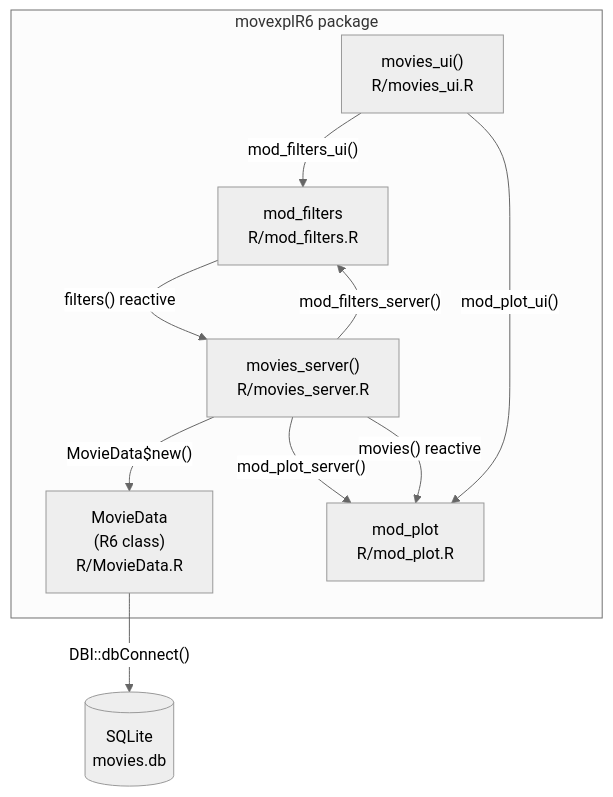
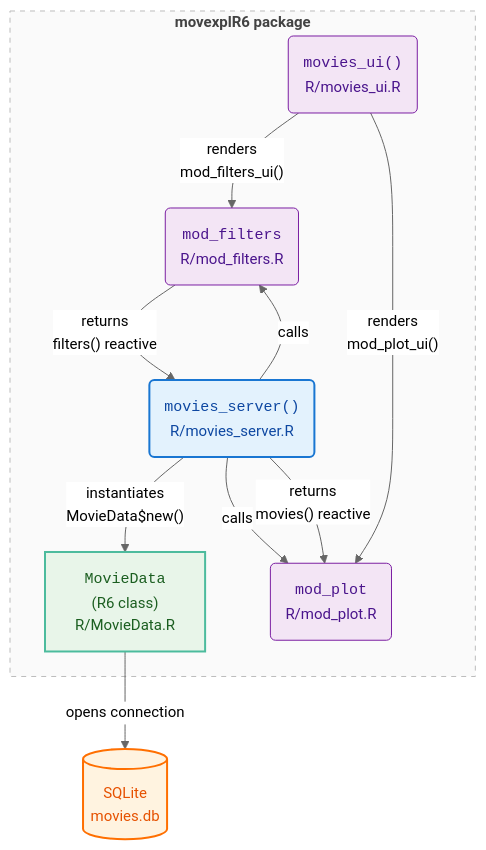
Before and after one commit to mjfrigaard/shiny-app-pkgs: the first of 4 diagrams in r6.qmd, drawn with Mermaid. The commit also changed other lines of this file and 61 other files, not shown here.

````diff
--- a/r6.qmd
+++ b/r6.qmd
@@ -66,27 +86,36 @@
 ```{mermaid}
-%%| fig-cap: 'movexplR6 at a glance'
+%%| fig-cap: 'movexplR6 architecture: R6 owns state, Shiny owns reactivity'
 %%| fig-align: center
-%%| eval: true 
-%%| echo: false 
-%%{init: {'theme': 'neutral', 'themeVariables': { 'fontFamily': 'monospace', "fontSize":"16px"}}}%%
+%%| eval: true
+%%| echo: false
+%%{init: {'theme': 'neutral', 'themeVariables': { 'fontFamily': 'monospace', "fontSize":"15px"}}}%%
 
 flowchart TD
-  subgraph Pkg["movexplR6 package"]
-    MovData["MovieData<br>(R6 class)<br>R/MovieData.R"]
-    FilMod["mod_filters<br>R/mod_filters.R"]
-    PltMod["mod_plot<br>R/mod_plot.R"]
-    MovServ["movies_server()<br>R/movies_server.R"]
-    MovUI["movies_ui()<br>R/movies_ui.R"]
+  subgraph Pkg["<strong>movexplR6 package</strong>"]
+    MovData["<code>MovieData</code><br>(R6 class)<br>R/MovieData.R"]
+    FilMod("<code>mod_filters</code><br>R/mod_filters.R")
+    PltMod("<code>mod_plot</code><br>R/mod_plot.R")
+    MovServ("<code>movies_server()</code><br>R/movies_server.R")
+    MovUI("<code>movies_ui()</code><br>R/movies_ui.R")
   end
 
   DB[("SQLite<br>movies.db")]
 
-  MovData -- "DBI::dbConnect()" --> DB
-  MovServ -- "MovieData$new()" --> MovData
-  MovServ -- "mod_filters_server()" --> FilMod
-  MovServ -- "mod_plot_server()" --> PltMod
-  FilMod -- "filters() reactive" --> MovServ
-  MovServ -- "movies() reactive" --> PltMod
-  MovUI -- "mod_filters_ui()" --> FilMod
-  MovUI -- "mod_plot_ui()" --> PltMod
+  MovData -->|"opens connection"| DB
+  MovServ -->|"instantiates<br>MovieData$new()"| MovData
+  MovServ -->|"calls"| FilMod
+  MovServ -->|"calls"| PltMod
+  FilMod -->|"returns<br>filters() reactive"| MovServ
+  MovServ -->|"returns<br>movies() reactive"| PltMod
+  MovUI -->|"renders<br>mod_filters_ui()"| FilMod
+  MovUI -->|"renders<br>mod_plot_ui()"| PltMod
+
+  style MovData fill:#E8F5E9,color:#1B5E20,stroke:#4CBB9D,stroke-width:2px
+  style MovServ fill:#E3F2FD,color:#0D47A1,stroke:#1976D2,stroke-width:2px
+  style FilMod fill:#F3E5F5,color:#4A148C,stroke:#7B1FA2,stroke-width:1px
+  style PltMod fill:#F3E5F5,color:#4A148C,stroke:#7B1FA2,stroke-width:1px
+  style MovUI fill:#F3E5F5,color:#4A148C,stroke:#7B1FA2,stroke-width:1px
+  style DB fill:#FFF3E0,color:#E65100,stroke:#FF6F00,stroke-width:2px
+  style Pkg fill:#FAFAFA,color:#424242,stroke:#BDBDBD,stroke-width:1px,stroke-dasharray: 5 5
+  
 ```
````
